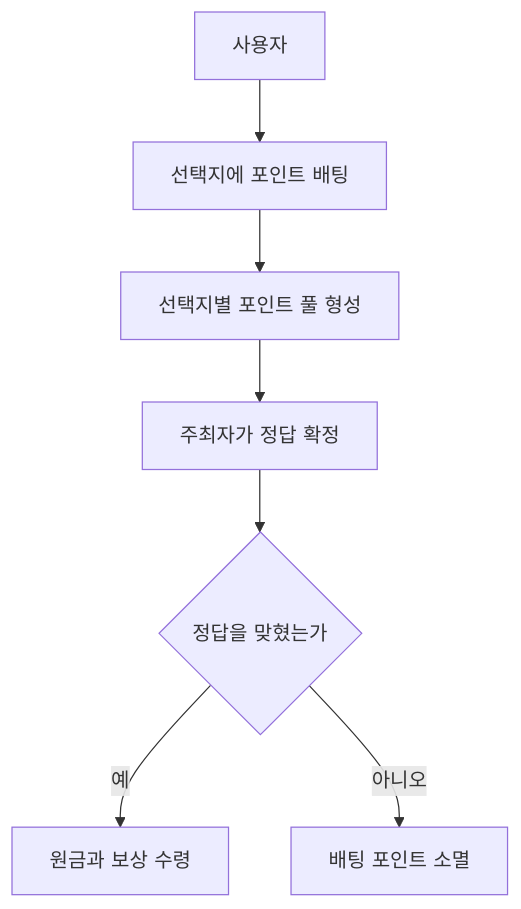
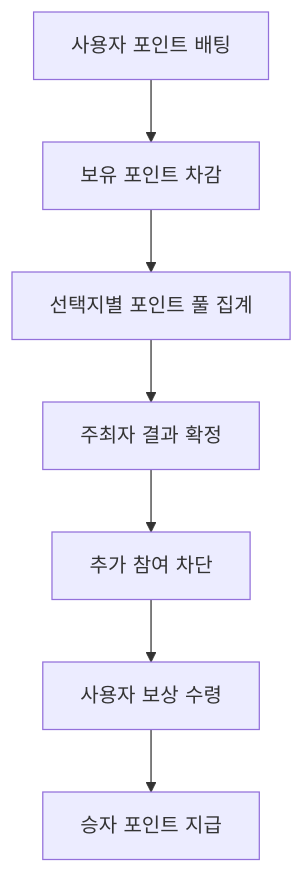
Before and after one commit to jei-seesaw/seesaw-api: the sixth of 10 diagrams in README.md, drawn with Mermaid. The commit also changed other lines of this file, not shown here.

````diff
--- a/README.md
+++ b/README.md
@@ -45,9 +229,17 @@
 ```mermaid
 flowchart TD
-  User[사용자] --> Stake[선택지에 포인트 배팅]
-  Stake --> Pool[선택지별 포인트 풀 형성]
-  Pool --> Confirm[주최자가 정답 확정]
-  Confirm --> Winner{정답을 맞혔는가}
-  Winner -->|예| Payout[원금과 보상 수령]
-  Winner -->|아니오| Lose[배팅 포인트 소멸]
+  Stake[사용자 포인트 배팅]
+  Deduct[보유 포인트 차감]
+  Pool[선택지별 포인트 풀 집계]
+  Confirm[주최자 결과 확정]
+  Lock[추가 참여 차단]
+  Claim[사용자 보상 수령]
+  Credit[승자 포인트 지급]
+
+  Stake --> Deduct
+  Deduct --> Pool
+  Pool --> Confirm
+  Confirm --> Lock
+  Lock --> Claim
+  Claim --> Credit
 ```
````
